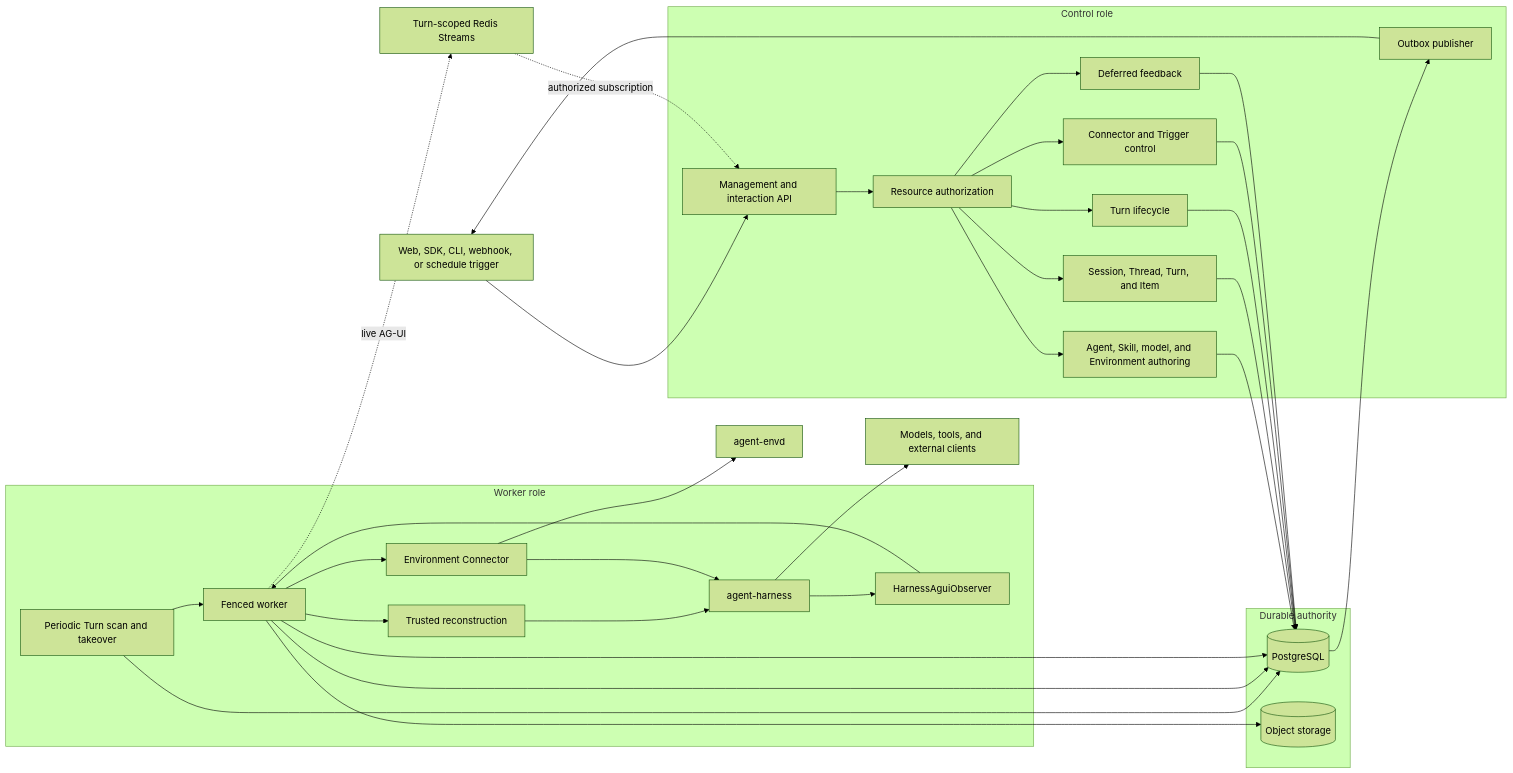
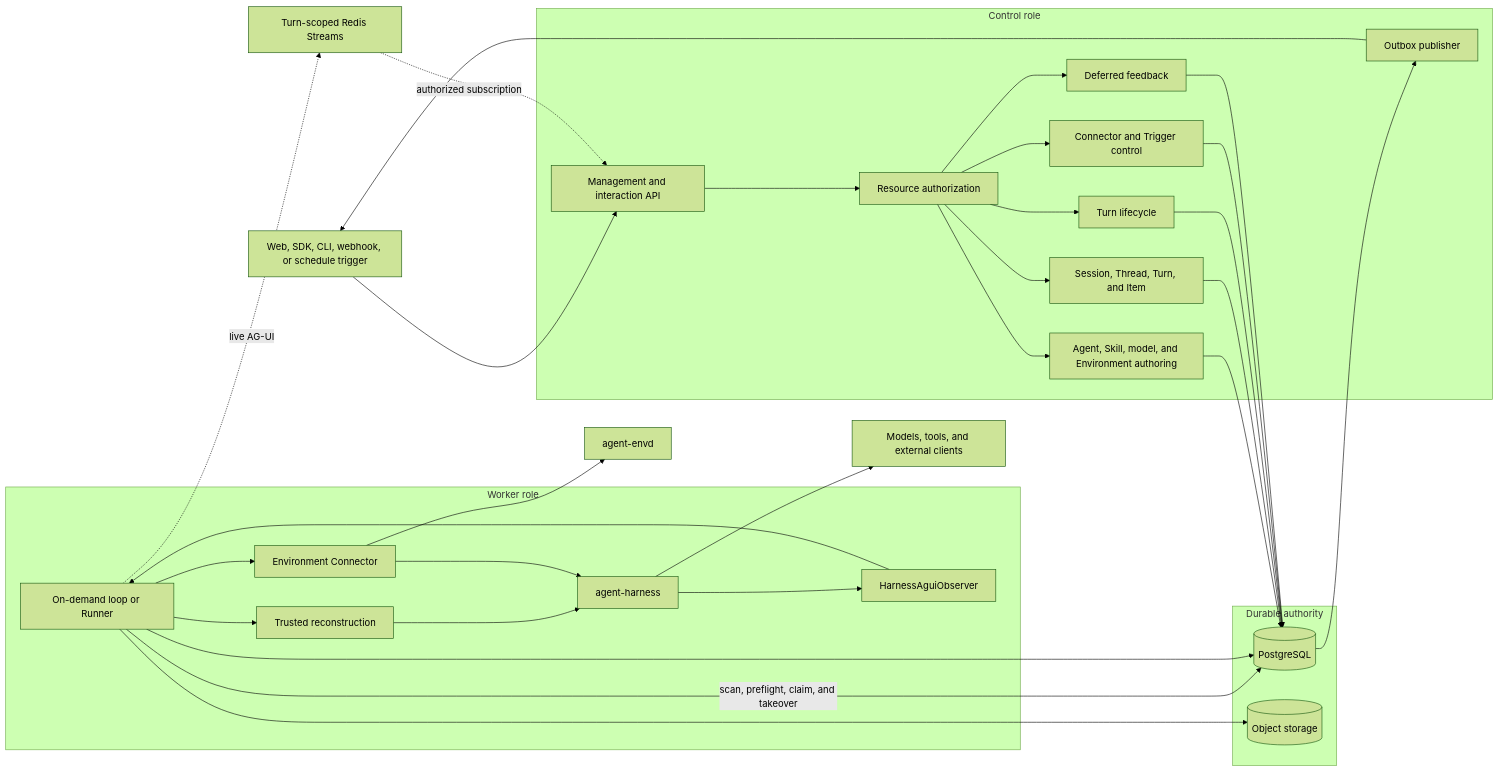
The first of 3 diagrams in spec/foundation-service/00-overview.md (LTThreeComma/agent-foundation), drawn with Mermaid (forest theme) before and after one commit. The commit also changed other lines of this file and 23 other files, not shown here.

````diff
--- a/spec/foundation-service/00-overview.md
+++ b/spec/foundation-service/00-overview.md
@@ -13,49 +23,46 @@
 ```mermaid
 flowchart LR
     Client[Web, SDK, CLI, webhook, or schedule trigger]
 
     subgraph Control[Control role]
         API[Management and interaction API]
         Auth[Resource authorization]
         Authoring[Agent, Skill, model, and Environment authoring]
         ConnectorControl[Connector and Trigger control]
         Interaction[Session, Thread, Turn, and Item]
         Lifecycle[Turn lifecycle]
         Feedback[Deferred feedback]
         Publisher[Outbox publisher]
     end
 
     subgraph Durable[Durable authority]
         Database[(PostgreSQL)]
         Objects[(Object storage)]
     end
 
     LiveBus[Turn-scoped Redis Streams]
 
     subgraph WorkerRole[Worker role]
-        WorkerScan[Periodic Turn scan and takeover]
-        Worker[Fenced worker]
+        Runtime[On-demand loop or Runner]
         Reconstruct[Trusted reconstruction]
         Connector[Environment Connector]
         Observer[HarnessAguiObserver]
         Harness[agent-harness]
     end
 
     Envd[agent-envd]
     External[Models, tools, and external clients]
 
     Client --> API --> Auth
     Auth --> Authoring & Interaction & Lifecycle & ConnectorControl & Feedback
     Authoring & Interaction & Lifecycle & ConnectorControl & Feedback --> Database
-    WorkerScan --> Database
-    WorkerScan --> Worker
-    Worker --> Database
-    Worker --> Reconstruct --> Harness
-    Worker --> Connector --> Harness
+    Runtime -->|scan, preflight, claim, and takeover| Database
+    Runtime --> Reconstruct --> Harness
+    Runtime --> Connector --> Harness
     Connector --> Envd
     Harness --> External
-    Harness --> Observer --> Worker
-    Worker -. live AG-UI .-> LiveBus -. authorized subscription .-> API
-    Worker --> Database & Objects
+    Harness --> Observer --> Runtime
+    Runtime -. live AG-UI .-> LiveBus -. authorized subscription .-> API
+    Runtime --> Database & Objects
     Database --> Publisher --> Client
 ```
````
